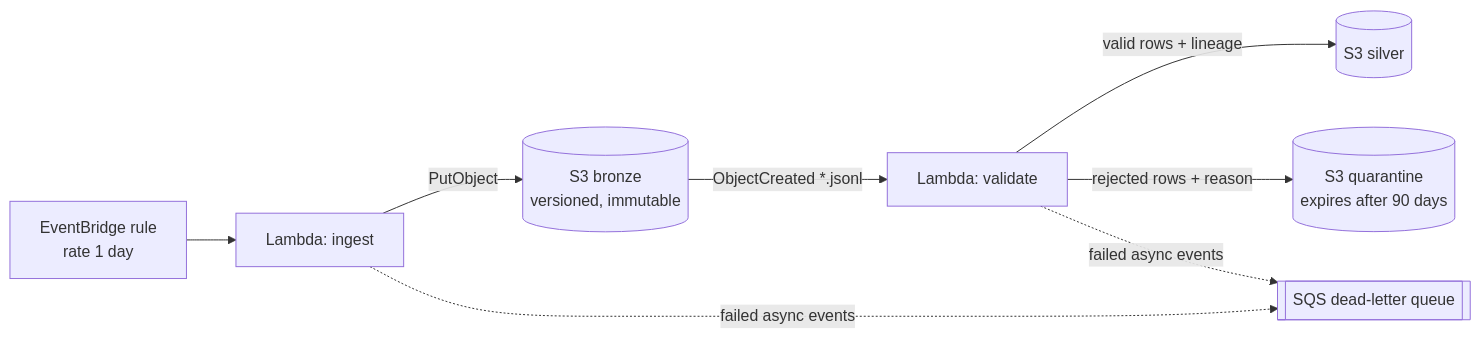
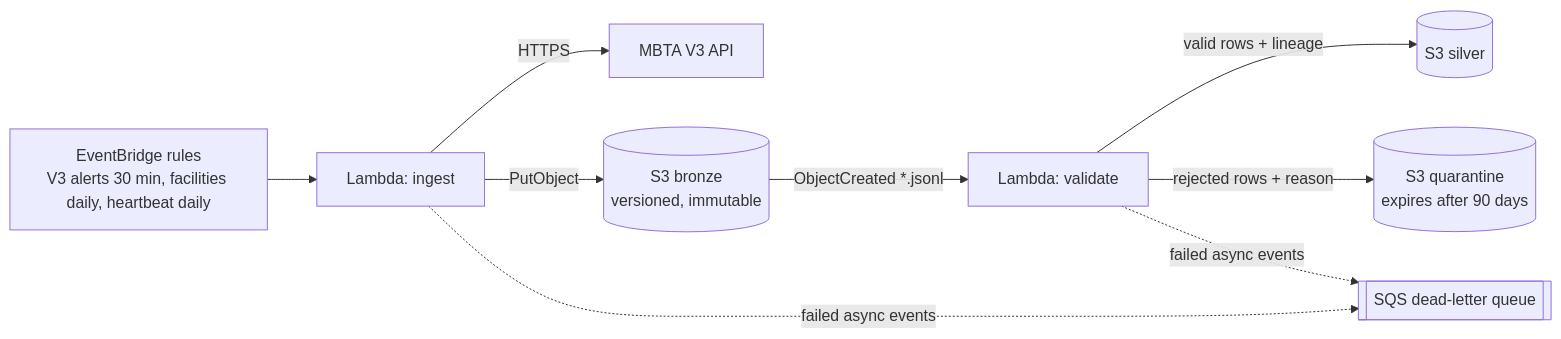
One commit to Jinam-Shah/transitiq changed the diagram in infra/terraform/README.md. Above: the diagram before and after it, drawn with Mermaid. The commit also changed other lines of this file and 38 other files, not shown here.

````diff
--- a/infra/terraform/README.md
+++ b/infra/terraform/README.md
@@ -7,10 +7,11 @@
 ```mermaid
 flowchart LR
-  EB[EventBridge rule<br/>rate 1 day] --> ING[Lambda: ingest]
+  EB[EventBridge rules<br/>V3 alerts 30 min, facilities daily, heartbeat daily] --> ING[Lambda: ingest]
+  ING -->|HTTPS| V3[MBTA V3 API]
   ING -->|PutObject| BR[(S3 bronze<br/>versioned, immutable)]
   BR -->|ObjectCreated *.jsonl| VAL[Lambda: validate]
   VAL -->|valid rows + lineage| SI[(S3 silver)]
   VAL -->|rejected rows + reason| QU[(S3 quarantine<br/>expires after 90 days)]
   ING -. failed async events .-> DLQ[[SQS dead-letter queue]]
   VAL -. failed async events .-> DLQ
 ```
````
